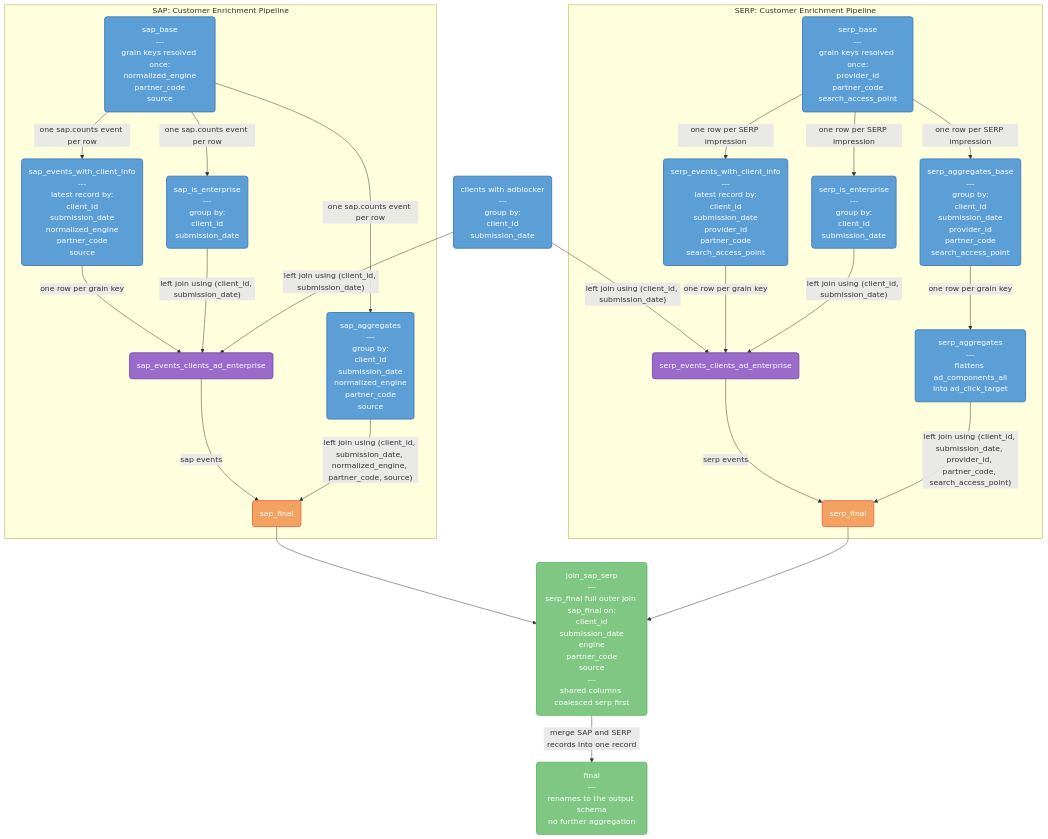
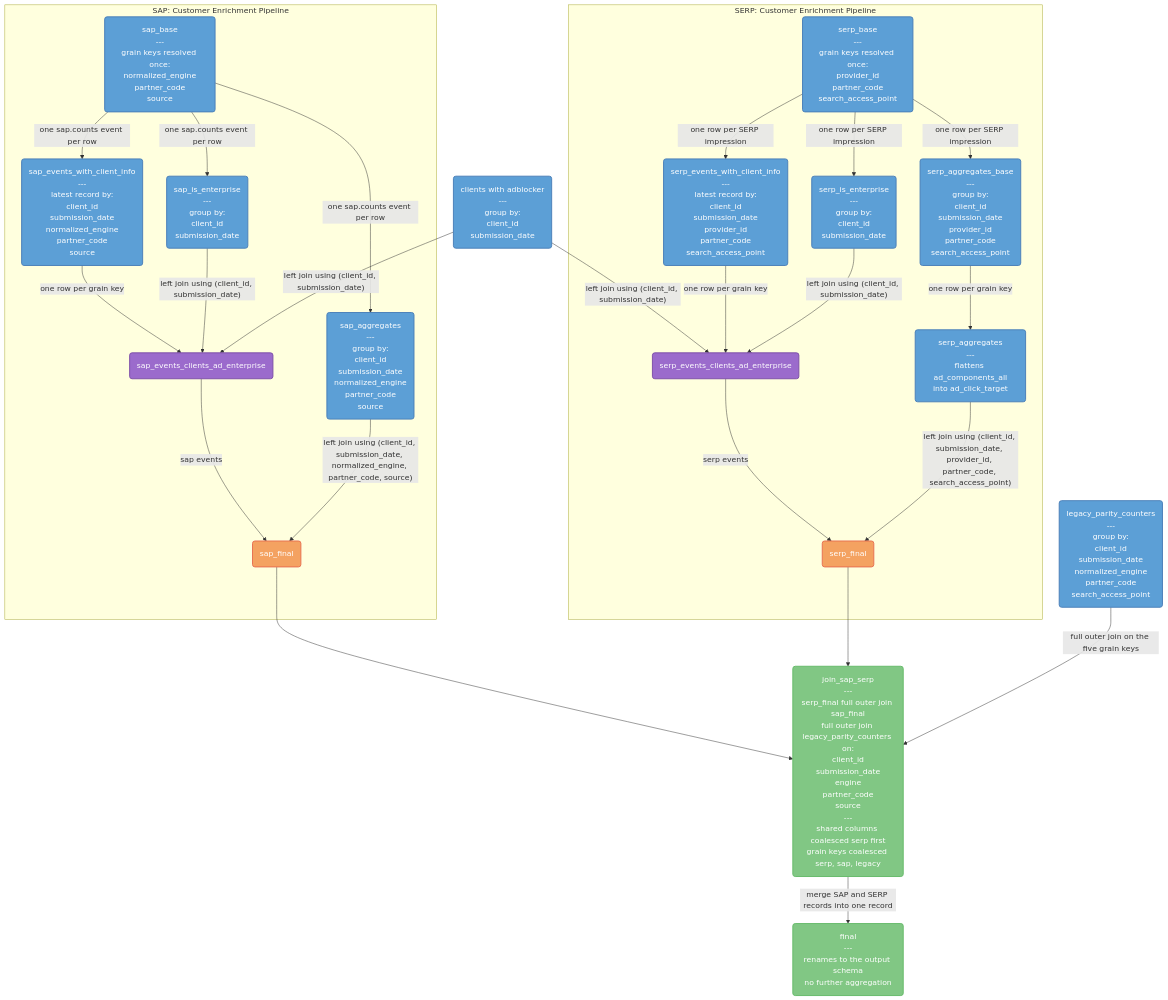
One commit to mozilla/bigquery-etl changed the diagram in sql/moz-fx-data-shared-prod/search_derived/search_clients_daily_glean_v1/README.md. Above: the diagram before and after it, drawn with Mermaid. The commit also changed other lines of this file and 6 other files, not shown here.

Commit message:
feat: add v8-parity search counters from the Glean metrics ping

```diff
--- a/sql/moz-fx-data-shared-prod/search_derived/search_clients_daily_glean_v1/README.md
+++ b/sql/moz-fx-data-shared-prod/search_derived/search_clients_daily_glean_v1/README.md
@@ -10,6 +10,8 @@
 graph TD
     %% OTHER
     adblocker("clients with adblocker<br/>---<br/>group by:<br/>client_id<br/>submission_date")
+
+    legacy("legacy_parity_counters<br/>---<br/>group by:<br/>client_id<br/>submission_date<br/>normalized_engine<br/>partner_code<br/>search_access_point")
 
     %% SAP
     subgraph SG1["SAP: Customer Enrichment Pipeline"]
@@ -78,13 +80,15 @@
 
     %% FINALS
 
-    join_sap_serp("join_sap_serp<br/>---<br/>serp_final full outer join sap_final on:<br/>client_id<br/>submission_date<br/>engine<br/>partner_code<br/>source<br/>---<br/>shared columns coalesced serp first")
+    join_sap_serp("join_sap_serp<br/>---<br/>serp_final full outer join sap_final<br/>full outer join legacy_parity_counters on:<br/>client_id<br/>submission_date<br/>engine<br/>partner_code<br/>source<br/>---<br/>shared columns coalesced serp first<br/>grain keys coalesced serp, sap, legacy")
 
     final("final<br/>---<br/>renames to the output schema<br/>no further aggregation")
 
     sap_final --> join_sap_serp
 
     serp_final --> join_sap_serp
+
+    legacy -->|"full outer join on the five grain keys"| join_sap_serp
 
     join_sap_serp -->|"merge SAP and SERP records into one record"| final
 
@@ -95,7 +99,7 @@
     classDef finalStyle fill:#81c784,stroke:#66bb6a,stroke-width:2px,color:#fff
 
 
-    class sap_base,sap_events_info,adblocker,sap_enterprise,serp_base,serp_events_info,serp_enterprise,sap_agg,serp_agg_base,serp_agg cteStyle
+    class sap_base,sap_events_info,adblocker,legacy,sap_enterprise,serp_base,serp_events_info,serp_enterprise,sap_agg,serp_agg_base,serp_agg cteStyle
     class sap_full_events,serp_full_events joinStyle
     class sap_final,serp_final intermediateStyle
     class join_sap_serp,final finalStyle
```
